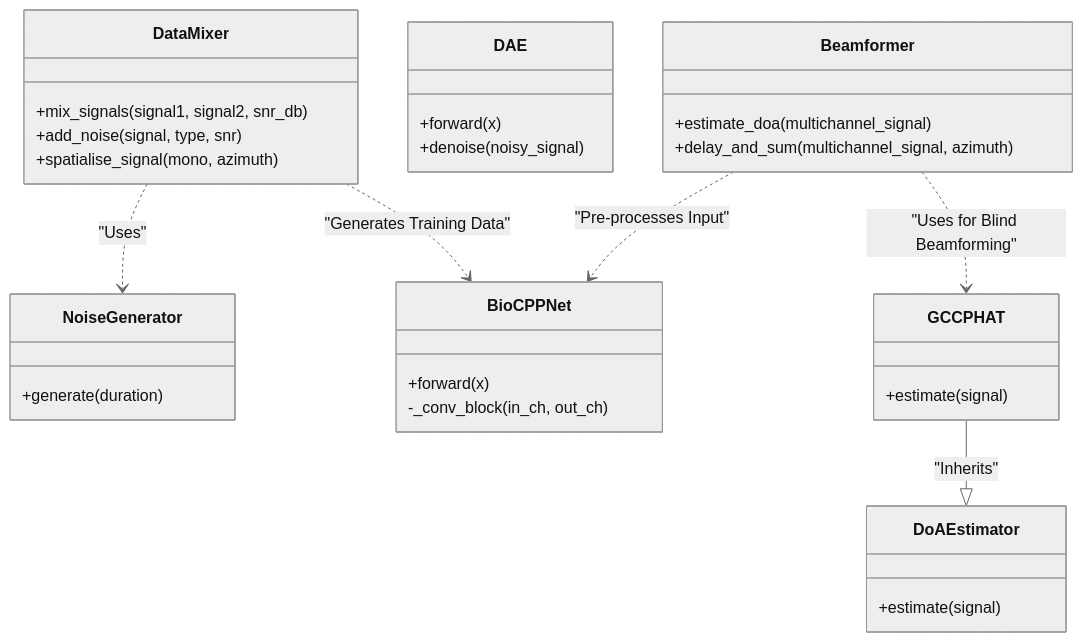
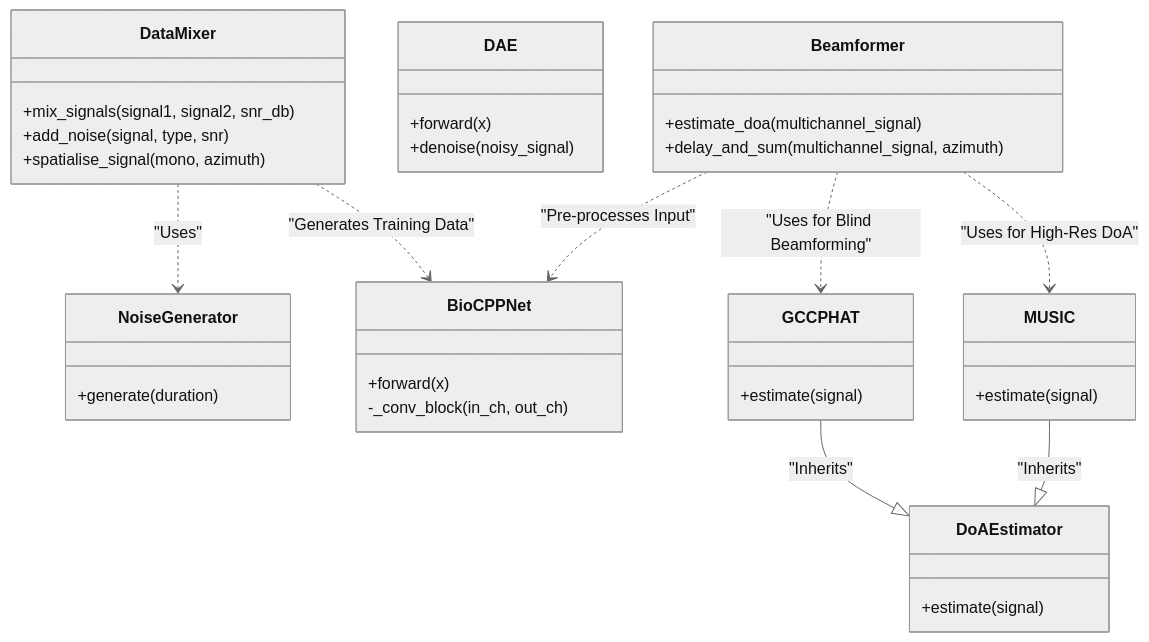
The second of 2 diagrams in docs/BioCPPNet/architecture.md (paulmziegler/BioCPPNet), drawn with Mermaid (neutral theme) before and after one commit. The commit also changed other lines of this file and 1 other file, not shown here.

First line of the commit message:
Fix KANBAN board and update architecture documentation

````diff
--- a/docs/BioCPPNet/architecture.md
+++ b/docs/BioCPPNet/architecture.md
@@ -25,41 +25,47 @@
 ```mermaid
 classDiagram
     class DataMixer {
         +mix_signals(signal1, signal2, snr_db)
         +add_noise(signal, type, snr)
         +spatialise_signal(mono, azimuth)
     }
 
     class BioCPPNet {
         +forward(x)
         -_conv_block(in_ch, out_ch)
     }
     
     class DAE {
         +forward(x)
         +denoise(noisy_signal)
     }
 
     class Beamformer {
         +estimate_doa(multichannel_signal)
         +delay_and_sum(multichannel_signal, azimuth)
     }
     
     class NoiseGenerator {
         +generate(duration)
     }
     
     class DoAEstimator {
         +estimate(signal)
     }
     
     class GCCPHAT {
         +estimate(signal)
     }
+    
+    class MUSIC {
+        +estimate(signal)
+    }
 
     DataMixer ..> NoiseGenerator : "Uses"
     DataMixer ..> BioCPPNet : "Generates Training Data"
     Beamformer ..> BioCPPNet : "Pre-processes Input"
     GCCPHAT --|> DoAEstimator : "Inherits"
+    MUSIC --|> DoAEstimator : "Inherits"
     Beamformer ..> GCCPHAT : "Uses for Blind Beamforming"
+    Beamformer ..> MUSIC : "Uses for High-Res DoA"
 ```
````
